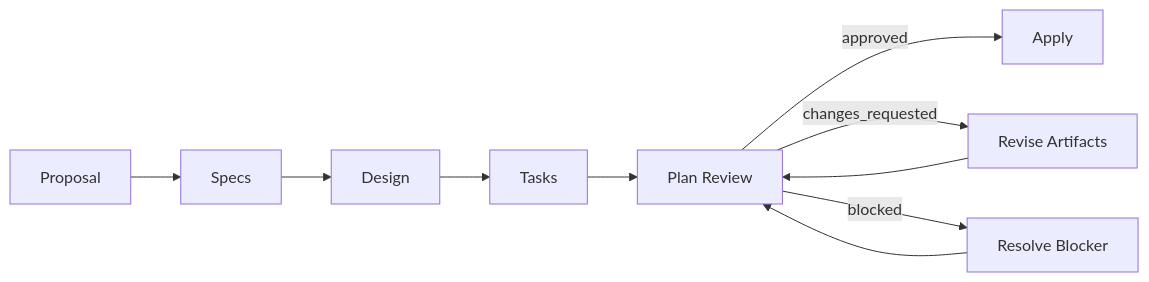
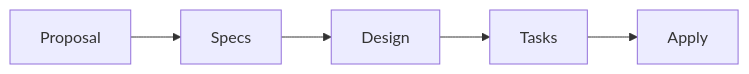
Before and after one commit to mols3131d/hmda-data-reliability: the diagram in openspec/schemas/spec-driven-tdd/README.md, drawn with Mermaid. The commit also changed other lines of this file and 4 other files, not shown here.

Commit message:
chore(openspec): plan review artifact 제거

````diff
--- a/openspec/schemas/spec-driven-tdd/README.md
+++ b/openspec/schemas/spec-driven-tdd/README.md
@@ -5,12 +5,7 @@
 ```mermaid
 flowchart LR
     P[Proposal] --> S[Specs]
     S --> D[Design]
     D --> T[Tasks]
-    T --> R[Plan Review]
-    R -->|approved| A[Apply]
-    R -->|changes_requested| U[Revise Artifacts]
-    U --> R
-    R -->|blocked| B[Resolve Blocker]
-    B --> R
+    T --> A[Apply]
 ```
````
